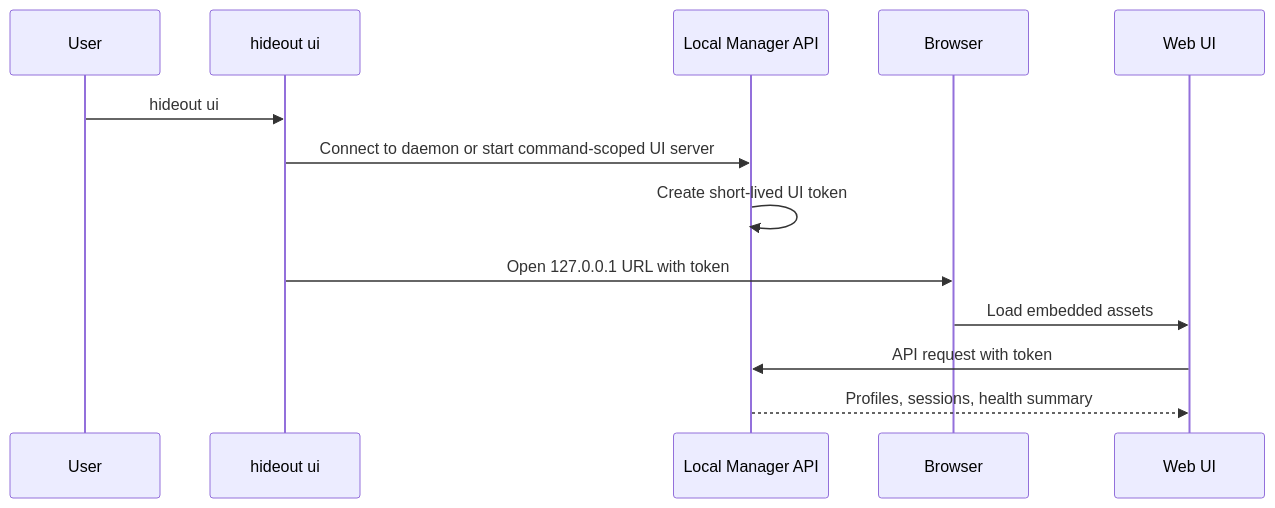
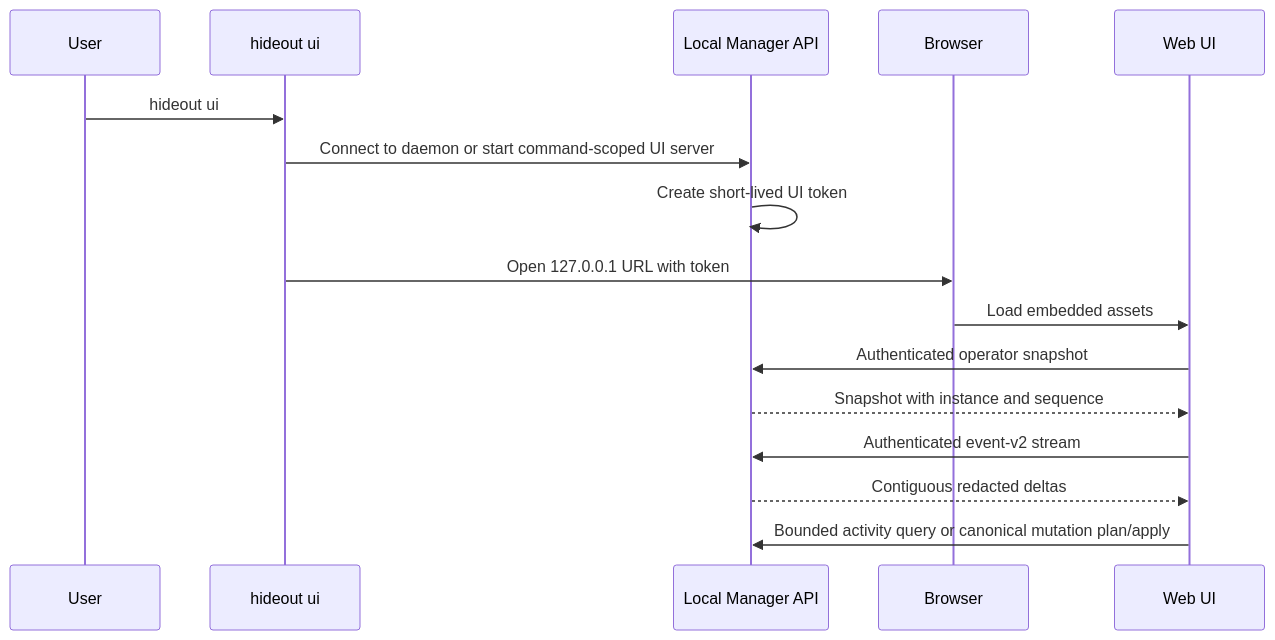
One commit to vibe-agi/hideout changed the sixth of 6 diagrams in docs/privacy-run-design.md. Above: the diagram before and after it, drawn with Mermaid. The commit also changed other lines of this file and 560 other files, not shown here.

````diff
--- a/docs/privacy-run-design.md
+++ b/docs/privacy-run-design.md
@@ -4242,16 +4429,19 @@
 ```mermaid
 sequenceDiagram
     participant U as User
     participant CLI as hideout ui
     participant M as Local Manager API
     participant Br as Browser
     participant UI as Web UI
 
     U->>CLI: hideout ui
     CLI->>M: Connect to daemon or start command-scoped UI server
     M->>M: Create short-lived UI token
     CLI->>Br: Open 127.0.0.1 URL with token
     Br->>UI: Load embedded assets
-    UI->>M: API request with token
-    M-->>UI: Profiles, sessions, health summary
+    UI->>M: Authenticated operator snapshot
+    M-->>UI: Snapshot with instance and sequence
+    UI->>M: Authenticated event-v2 stream
+    M-->>UI: Contiguous redacted deltas
+    UI->>M: Bounded activity query or canonical mutation plan/apply
 ```
````
